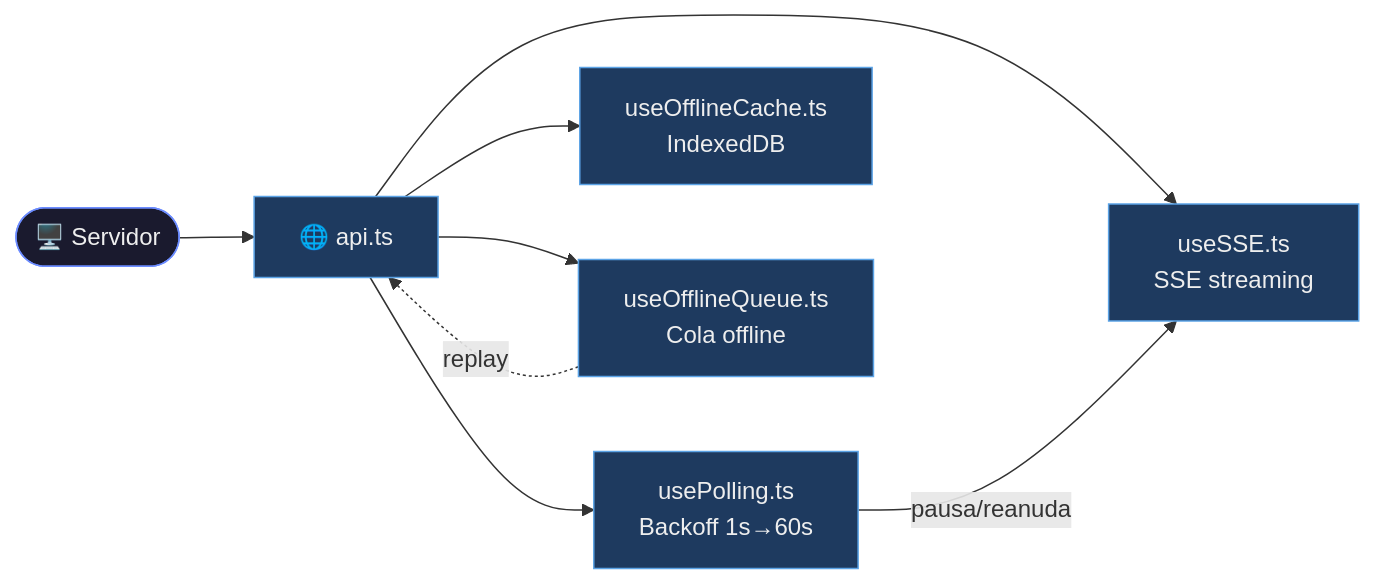
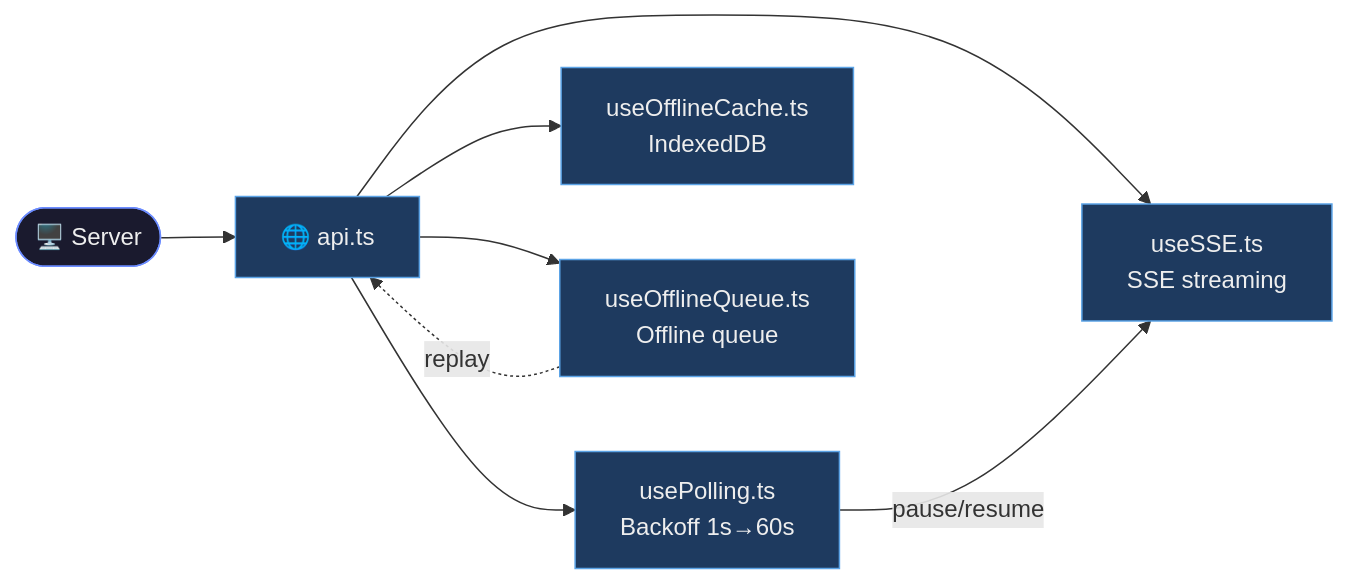
Before and after one commit to Owning01/Openher: the first of 4 diagrams in README.md, drawn with Mermaid. The commit also changed other lines of this file and 63 other files, not shown here.

````diff
--- a/README.md
+++ b/README.md
@@ -66,14 +68,14 @@
 ```mermaid
 flowchart LR
     classDef infra fill:#1a1a2e,stroke:#6c8cff,color:#eee
     classDef core fill:#1e3a5f,stroke:#5ba3e6,color:#eee
-    S(["🖥️ Servidor"]) --> A["🌐 api.ts"]
+    S(["🖥️ Server"]) --> A["🌐 api.ts"]
     A --> SSE["useSSE.ts<br/>SSE streaming"]
     A --> Poll["usePolling.ts<br/>Backoff 1s→60s"]
     A --> Cache["useOfflineCache.ts<br/>IndexedDB"]
-    A --> Queue["useOfflineQueue.ts<br/>Cola offline"]
-    Poll -->|pausa/reanuda| SSE
+    A --> Queue["useOfflineQueue.ts<br/>Offline queue"]
+    Poll -->|pause/resume| SSE
     Queue -.->|replay| A
     class S infra
     class A,SSE,Poll,Cache,Queue core
 ```
````
